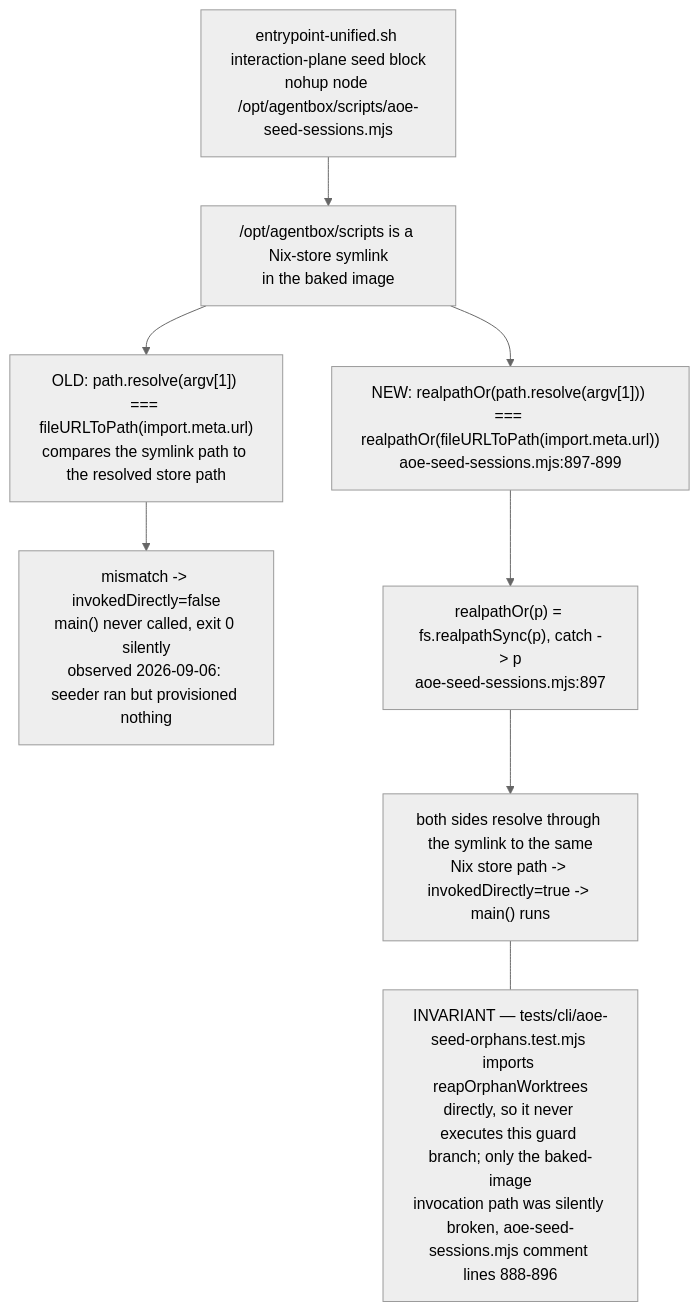
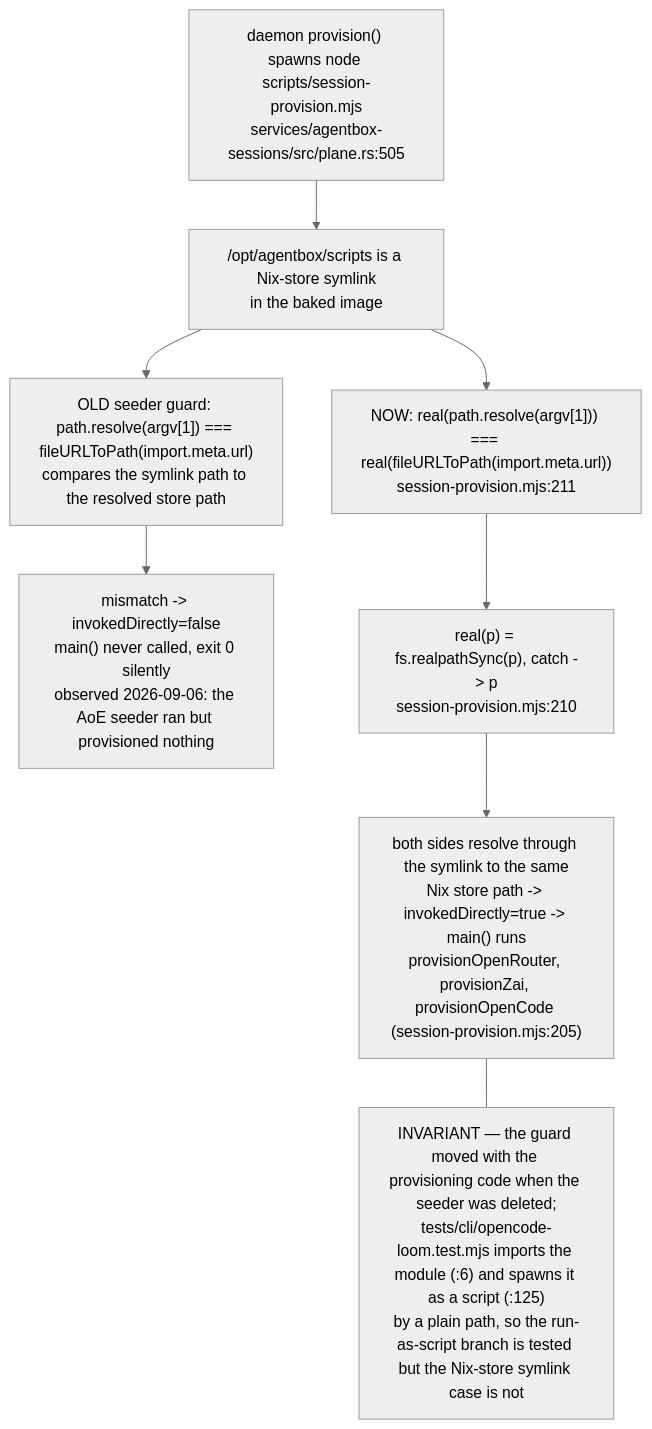
Diagram 17 of 21 in docs/diagrams/agentbox/02-boot-sequence-and-readiness.md (DreamLab-AI/VisionFlow), drawn with Mermaid (neutral theme) before and after one commit. The commit also changed other lines of this file and 145 other files, not shown here.

````diff
--- a/docs/diagrams/agentbox/02-boot-sequence-and-readiness.md
+++ b/docs/diagrams/agentbox/02-boot-sequence-and-readiness.md
@@ -695,17 +728,17 @@
 ```mermaid
 flowchart TB
-    ENTRY["entrypoint-unified.sh interaction-plane seed block<br/>nohup node /opt/agentbox/scripts/aoe-seed-sessions.mjs"]
+    ENTRY["daemon provision() spawns node scripts/session-provision.mjs<br/>services/agentbox-sessions/src/plane.rs:505"]
     SYMLINK["/opt/agentbox/scripts is a Nix-store symlink<br/>in the baked image"]
-    OLDCHECK["OLD: path.resolve(argv[1]) === fileURLToPath(import.meta.url)<br/>compares the symlink path to the resolved store path"]
-    OLDRESULT["mismatch -&gt; invokedDirectly=false<br/>main() never called, exit 0 silently<br/>observed 2026-09-06: seeder ran but provisioned nothing"]
-    NEWCHECK["NEW: realpathOr(path.resolve(argv[1])) === realpathOr(fileURLToPath(import.meta.url))<br/>aoe-seed-sessions.mjs:897-899"]
-    REALPATHOR["realpathOr(p) = fs.realpathSync(p), catch -&gt; p<br/>aoe-seed-sessions.mjs:897"]
-    NEWRESULT["both sides resolve through the symlink to the same<br/>Nix store path -&gt; invokedDirectly=true -&gt; main() runs"]
+    OLDCHECK["OLD seeder guard: path.resolve(argv[1]) === fileURLToPath(import.meta.url)<br/>compares the symlink path to the resolved store path"]
+    OLDRESULT["mismatch -&gt; invokedDirectly=false<br/>main() never called, exit 0 silently<br/>observed 2026-09-06: the AoE seeder ran but provisioned nothing"]
+    NEWCHECK["NOW: real(path.resolve(argv[1])) === real(fileURLToPath(import.meta.url))<br/>session-provision.mjs:211"]
+    REALPATHOR["real(p) = fs.realpathSync(p), catch -&gt; p<br/>session-provision.mjs:210"]
+    NEWRESULT["both sides resolve through the symlink to the same<br/>Nix store path -&gt; invokedDirectly=true -&gt; main() runs<br/>provisionOpenRouter, provisionZai, provisionOpenCode (session-provision.mjs:205)"]
 
     ENTRY --> SYMLINK --> OLDCHECK --> OLDRESULT
     SYMLINK --> NEWCHECK
     NEWCHECK --> REALPATHOR --> NEWRESULT
 
-    NOTE1["INVARIANT — tests/cli/aoe-seed-orphans.test.mjs imports reapOrphanWorktrees<br/>directly, so it never executes this guard branch; only the baked-image<br/>invocation path was silently broken, aoe-seed-sessions.mjs comment lines 888-896"]
+    NOTE1["INVARIANT — the guard moved with the provisioning code when the seeder was deleted;<br/>tests/cli/opencode-loom.test.mjs imports the module (:6) and spawns it as a script (:125)<br/>by a plain path, so the run-as-script branch is tested but the Nix-store symlink case is not"]
     NEWRESULT --- NOTE1
 ```
````
